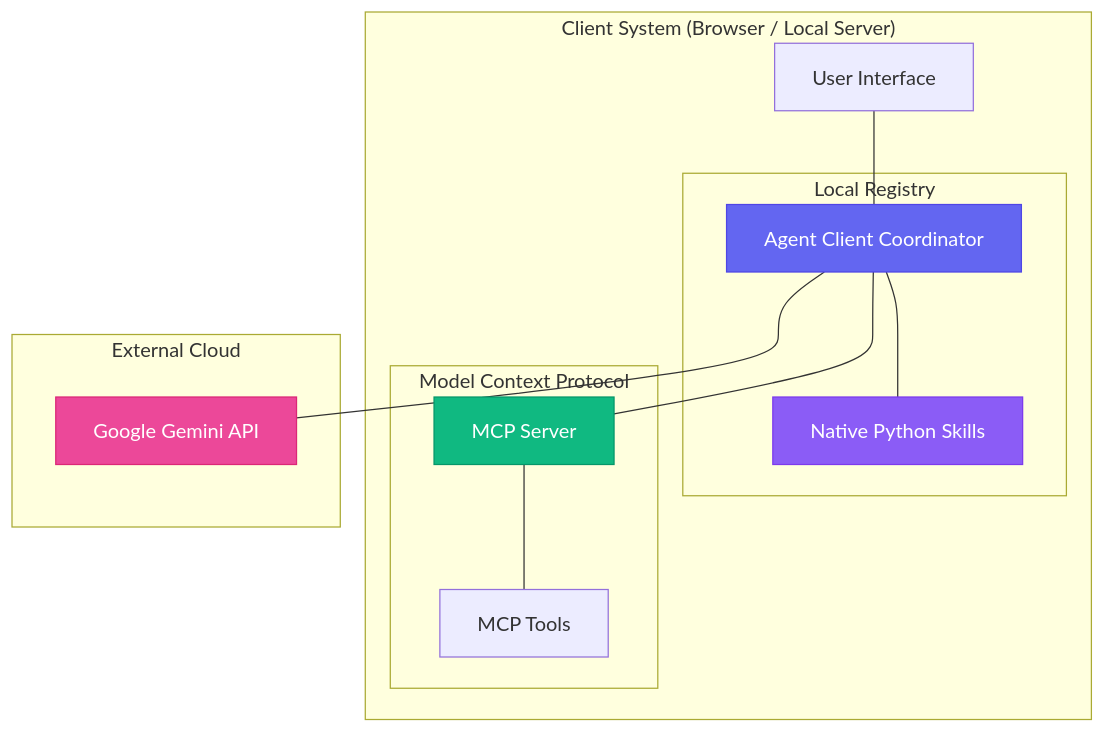
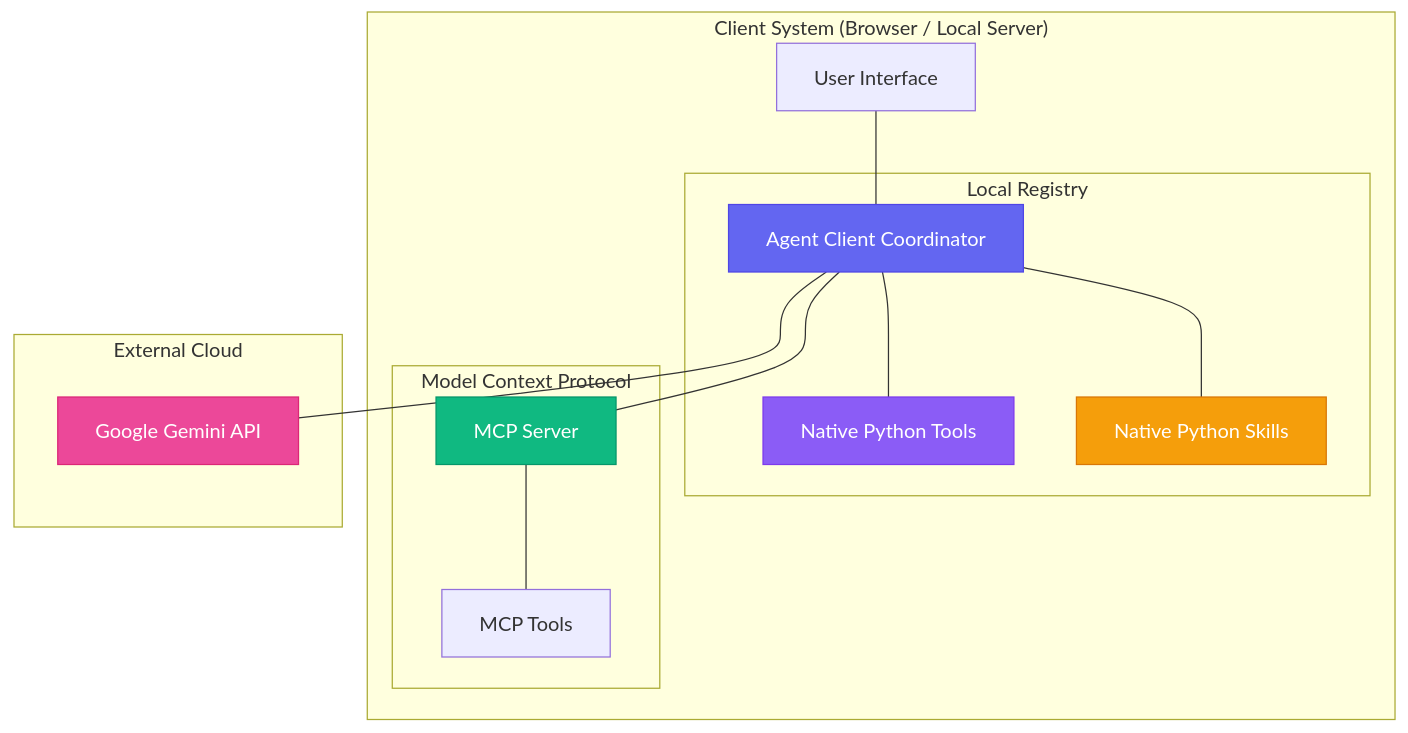
Before and after one commit to vdonthireddy/ai-agent-skills-sandbox: the first of 3 diagrams in README.md, drawn with Mermaid. The commit also changed other lines of this file and 6 other files, not shown here.

Commit message:
Implement separate Tools and Skills registries, endpoints, dashboard tabs, and composite city research workflow

````diff
--- a/README.md
+++ b/README.md
@@ -101,24 +80,26 @@
 ```mermaid
 flowchart TD
     subgraph ClientSystem ["Client System (Browser / Local Server)"]
         User[User Interface] --- App[Agent Client Coordinator]
         
         subgraph LocalRegistry ["Local Registry"]
+            App --- Tools[Native Python Tools]
             App --- Skills[Native Python Skills]
         end
         
         subgraph MCP ["Model Context Protocol"]
             App --- MCPServer[MCP Server]
             MCPServer --- MCPTools[MCP Tools]
         end
     end
     
     subgraph ExternalCloud ["External Cloud"]
         App --- LLM[Google Gemini API]
     end
     
     style App fill:#6366f1,stroke:#4f46e5,color:#fff
     style LLM fill:#ec4899,stroke:#db2777,color:#fff
     style MCPServer fill:#10b981,stroke:#059669,color:#fff
-    style Skills fill:#8b5cf6,stroke:#7c3aed,color:#fff
+    style Tools fill:#8b5cf6,stroke:#7c3aed,color:#fff
+    style Skills fill:#f59e0b,stroke:#d97706,color:#fff
 ```
````
